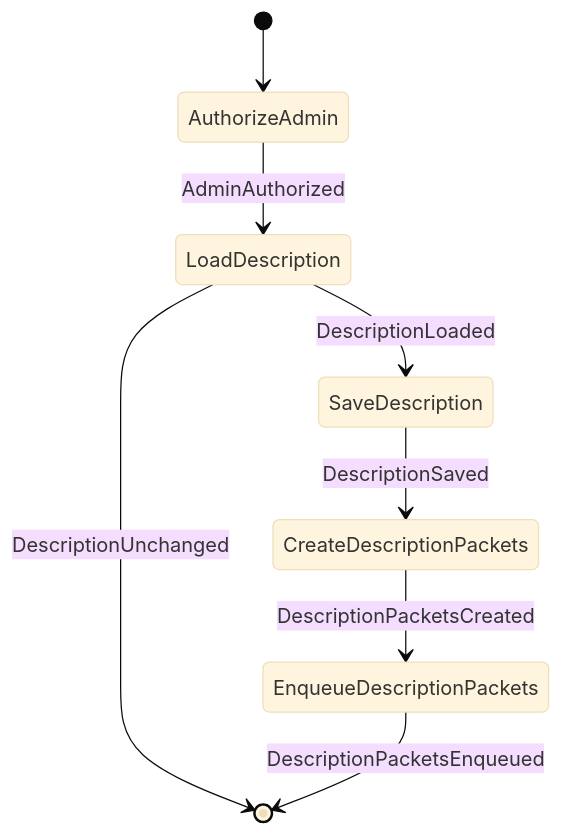
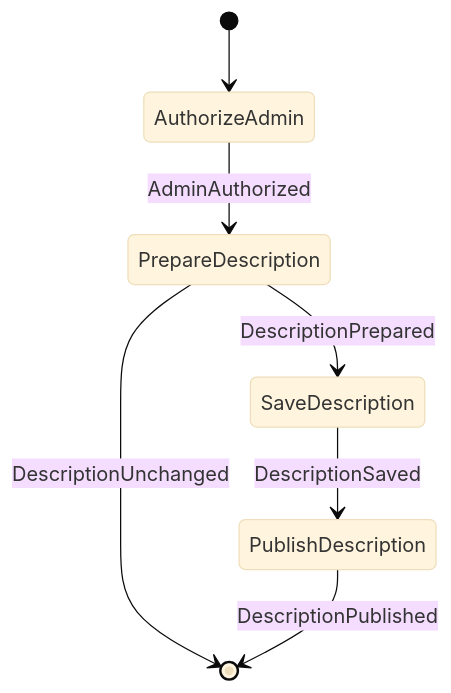
Before and after one commit to cbgm/Sparrow: the seventh of 19 diagrams in docs/architecture/workflows/groupstate.md, drawn with Mermaid (base theme). The commit also changed other lines of this file and 377 other files, not shown here.

````diff
--- a/docs/architecture/workflows/groupstate.md
+++ b/docs/architecture/workflows/groupstate.md
@@ -163,10 +181,9 @@
 ```mermaid
 stateDiagram-v2
     [*] --> AuthorizeAdmin
-    AuthorizeAdmin --> LoadDescription : AdminAuthorized
-    LoadDescription --> SaveDescription : DescriptionLoaded
-    LoadDescription --> [*] : DescriptionUnchanged
-    SaveDescription --> CreateDescriptionPackets : DescriptionSaved
-    CreateDescriptionPackets --> EnqueueDescriptionPackets : DescriptionPacketsCreated
-    EnqueueDescriptionPackets --> [*] : DescriptionPacketsEnqueued
+    AuthorizeAdmin --> PrepareDescription : AdminAuthorized
+    PrepareDescription --> SaveDescription : DescriptionPrepared
+    PrepareDescription --> [*] : DescriptionUnchanged
+    SaveDescription --> PublishDescription : DescriptionSaved
+    PublishDescription --> [*] : DescriptionPublished
 ```
````
